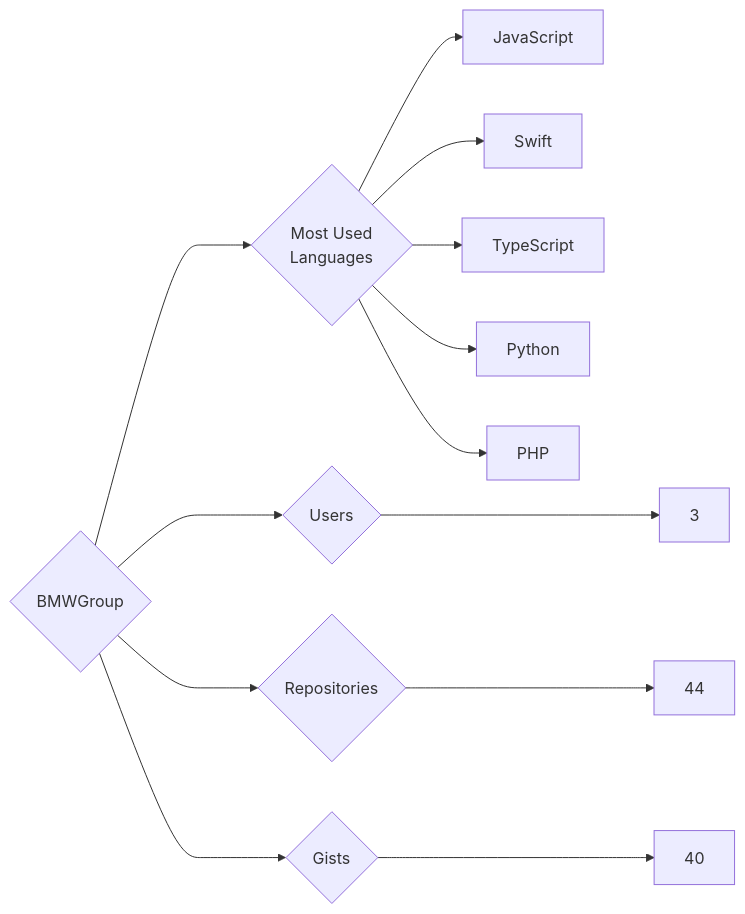
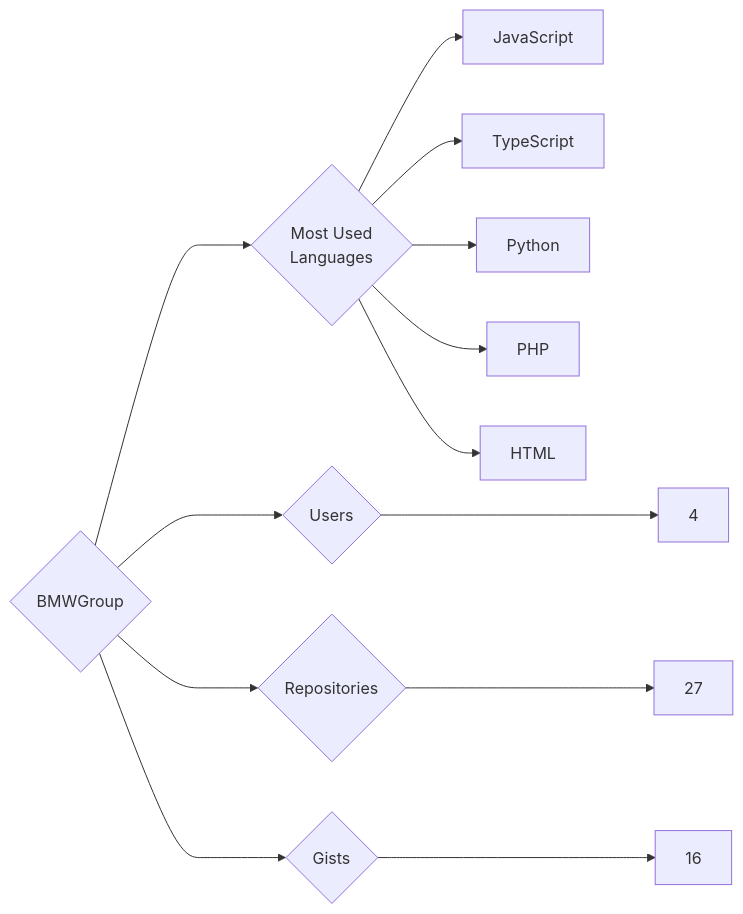
Before and after one commit to trickest/insiders: the diagram in targets/BMWGroup/README.md, drawn with Mermaid. The commit also changed 933 other files, not shown here.

````diff
--- a/targets/BMWGroup/README.md
+++ b/targets/BMWGroup/README.md
@@ -3,13 +3,13 @@
 ```mermaid
 graph LR
 COMPANY_NAME{BMWGroup}
-COMPANY_NAME ---> U{Users} ---> UN[3]
-COMPANY_NAME ---> R{Repositories} ---> RN[44]
-COMPANY_NAME ---> G{Gists} ---> GN[40]
+COMPANY_NAME ---> U{Users} ---> UN[4]
+COMPANY_NAME ---> R{Repositories} ---> RN[27]
+COMPANY_NAME ---> G{Gists} ---> GN[16]
 COMPANY_NAME ---> ML{Most Used<br>Languages}
 ML --> JavaScript[JavaScript]
-ML --> Swift[Swift]
 ML --> TypeScript[TypeScript]
 ML --> Python[Python]
 ML --> PHP[PHP]
+ML --> HTML[HTML]
 ```
````
